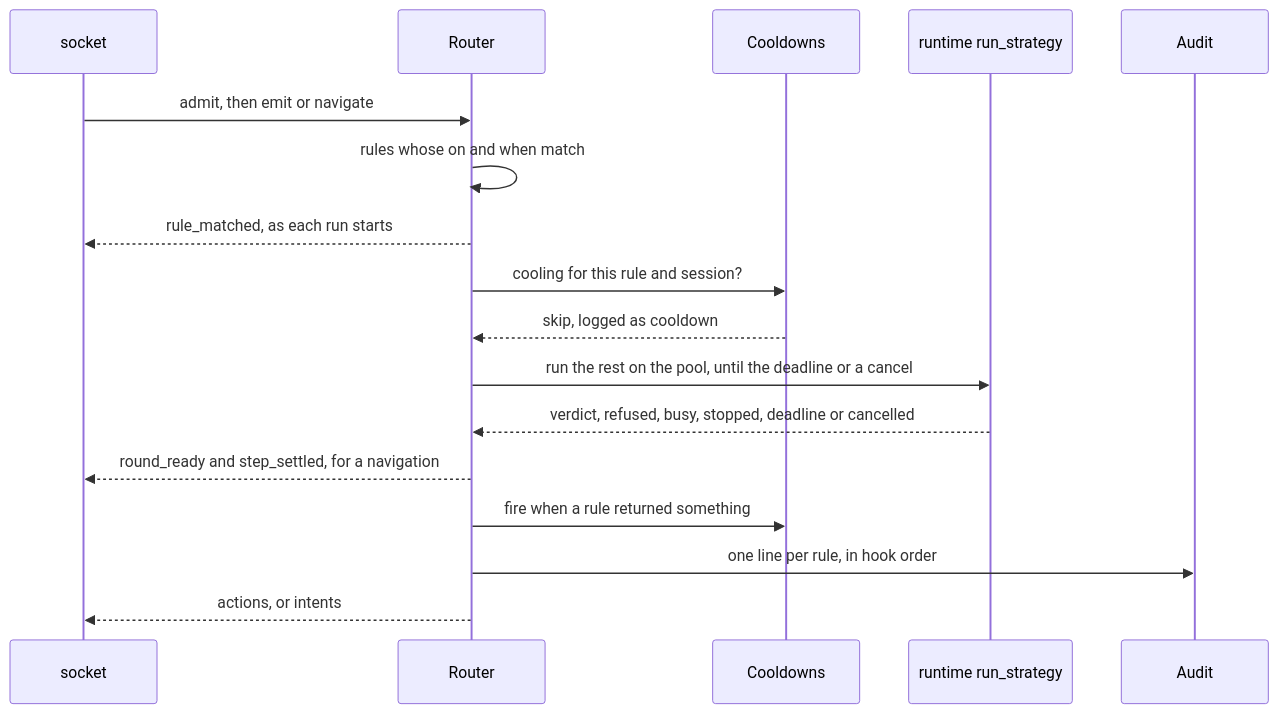
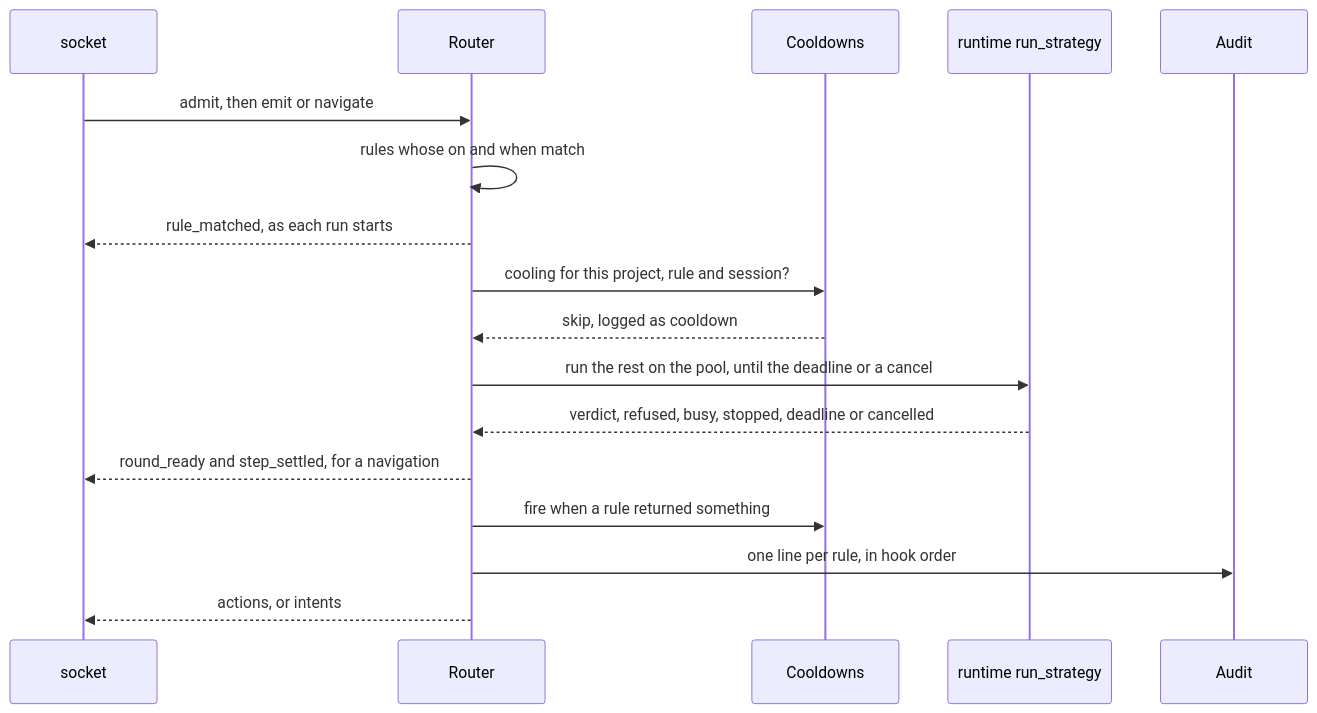
One commit to wrkhse/chauffeur changed the diagram in crates/daemon/src/route/README.md. Above: the diagram before and after it, drawn with Mermaid. The commit also changed other lines of this file and 10 other files, not shown here.

````diff
--- a/crates/daemon/src/route/README.md
+++ b/crates/daemon/src/route/README.md
@@ -14,19 +14,19 @@
 ```mermaid
 sequenceDiagram
     participant S as socket
     participant R as Router
     participant C as Cooldowns
     participant W as runtime run_strategy
     participant A as Audit
     S->>R: admit, then emit or navigate
     R->>R: rules whose on and when match
     R-->>S: rule_matched, as each run starts
-    R->>C: cooling for this rule and session?
+    R->>C: cooling for this project, rule and session?
     C-->>R: skip, logged as cooldown
     R->>W: run the rest on the pool, until the deadline or a cancel
     W-->>R: verdict, refused, busy, stopped, deadline or cancelled
     R-->>S: round_ready and step_settled, for a navigation
     R->>C: fire when a rule returned something
     R->>A: one line per rule, in hook order
     R-->>S: actions, or intents
 ```
````
